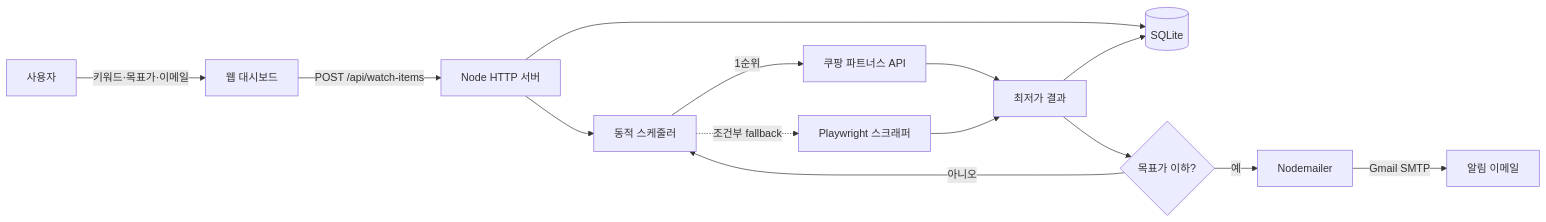
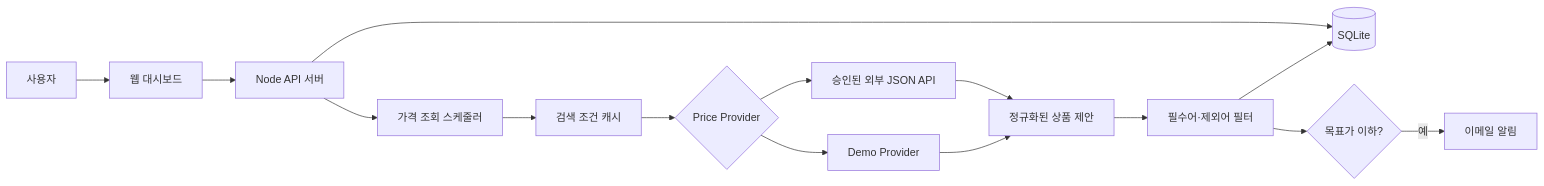
The diagram in README.md (leem5514/coupang-alert-service), drawn with Mermaid before and after one commit. The commit also changed other lines of this file and 18 other files, not shown here.

````diff
--- a/README.md
+++ b/README.md
@@ -49,16 +21,17 @@
 ```mermaid
 flowchart LR
-    U[사용자] -->|키워드·목표가·이메일| W[웹 대시보드]
-    W -->|POST /api/watch-items| S[Node HTTP 서버]
-    S --> DB[(SQLite)]
-    S --> SC[동적 스케줄러]
-    SC -->|1순위| API[쿠팡 파트너스 API]
-    SC -.->|조건부 fallback| PW[Playwright 스크래퍼]
-    API --> R[최저가 결과]
-    PW --> R
-    R --> DB
-    R --> C{목표가 이하?}
-    C -->|아니오| SC
-    C -->|예| M[Nodemailer]
-    M -->|Gmail SMTP| E[알림 이메일]
+  U[사용자] --> W[웹 대시보드]
+  W --> S[Node API 서버]
+  S --> DB[(SQLite)]
+  S --> Q[가격 조회 스케줄러]
+  Q --> C[검색 조건 캐시]
+  C --> P{Price Provider}
+  P --> D[Demo Provider]
+  P --> E[승인된 외부 JSON API]
+  E --> R[정규화된 상품 제안]
+  D --> R
+  R --> F[필수어·제외어 필터]
+  F --> DB
+  F --> A{목표가 이하?}
+  A -->|예| M[이메일 알림]
 ```
````
